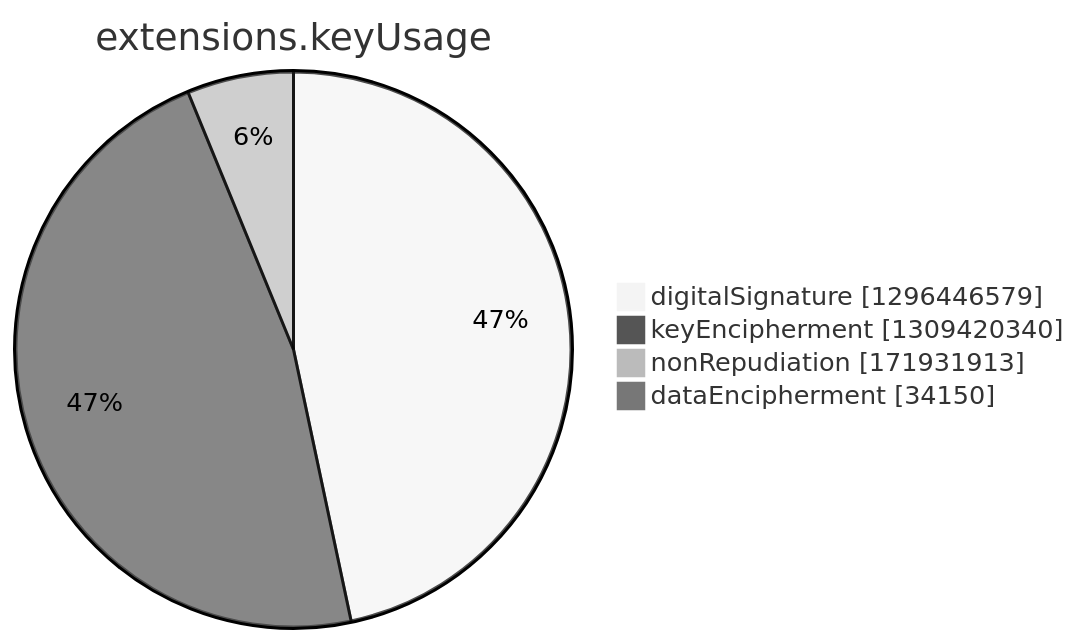
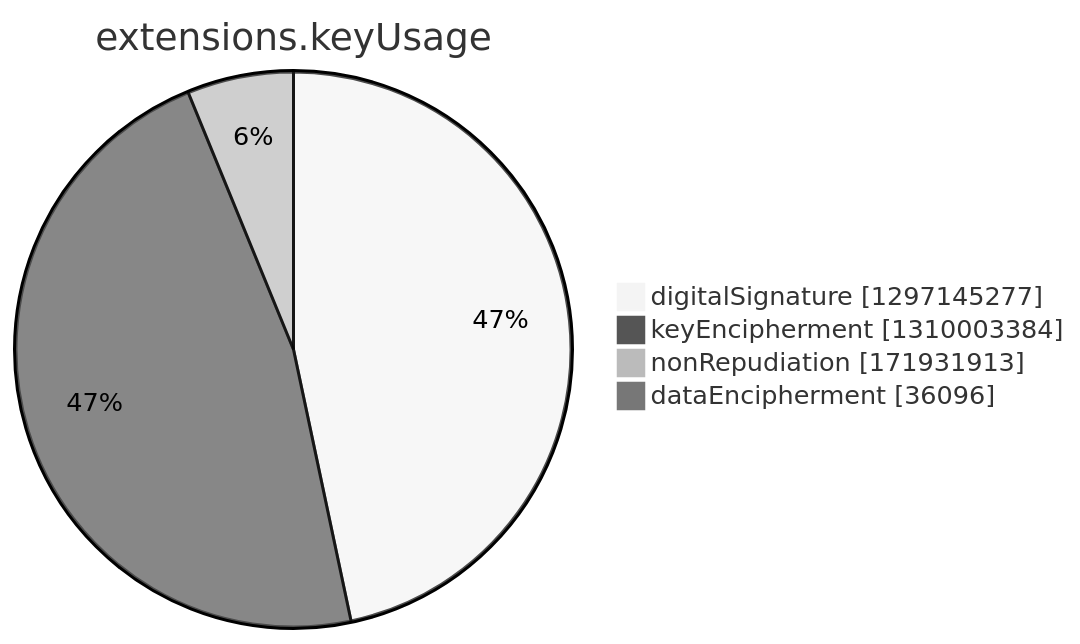
Before and after one commit to christiankrug/ctmonitor_visualization: the seventh of 15 diagrams in argon2022/README.md, drawn with Mermaid (neutral theme). The commit also changed other lines of this file, not shown here.

````diff
--- a/argon2022/README.md
+++ b/argon2022/README.md
@@ -2749,8 +2749,8 @@
 ```mermaid
 pie showData
 title extensions.keyUsage
-"digitalSignature" :1296446579
-"keyEncipherment" :1309420340
+"digitalSignature" :1297145277
+"keyEncipherment" :1310003384
 "nonRepudiation" :171931913
-"dataEncipherment" :34150
+"dataEncipherment" :36096
 ```
````
